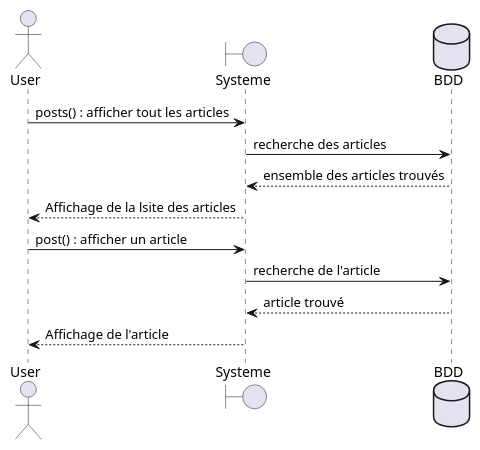
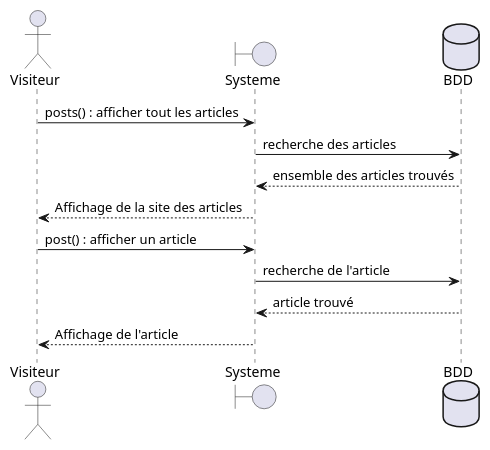
The diagram in diagrammes/dds_afficher_tout_les_ou_un_article.plantuml (HaiseB/P5_blogPhp), drawn with PlantUML before and after one commit. The commit also changed 10 other files, not shown here.

```diff
--- a/diagrammes/dds_afficher_tout_les_ou_un_article.plantuml
+++ b/diagrammes/dds_afficher_tout_les_ou_un_article.plantuml
@@ -1,17 +1,17 @@
 @startuml afficher tout les ou un article
 
-actor User
+actor Visiteur
 boundary Systeme
 database BDD
 
-User -> Systeme: posts() : afficher tout les articles
+Visiteur -> Systeme: posts() : afficher tout les articles
 Systeme -> BDD: recherche des articles
 BDD --> Systeme : ensemble des articles trouvés
-Systeme --> User: Affichage de la lsite des articles
+Systeme --> Visiteur: Affichage de la site des articles
 
-User -> Systeme: post() : afficher un article
+Visiteur -> Systeme: post() : afficher un article
 Systeme -> BDD: recherche de l'article
 BDD --> Systeme : article trouvé
-Systeme --> User: Affichage de l'article
+Systeme --> Visiteur: Affichage de l'article
 
 @enduml
```
